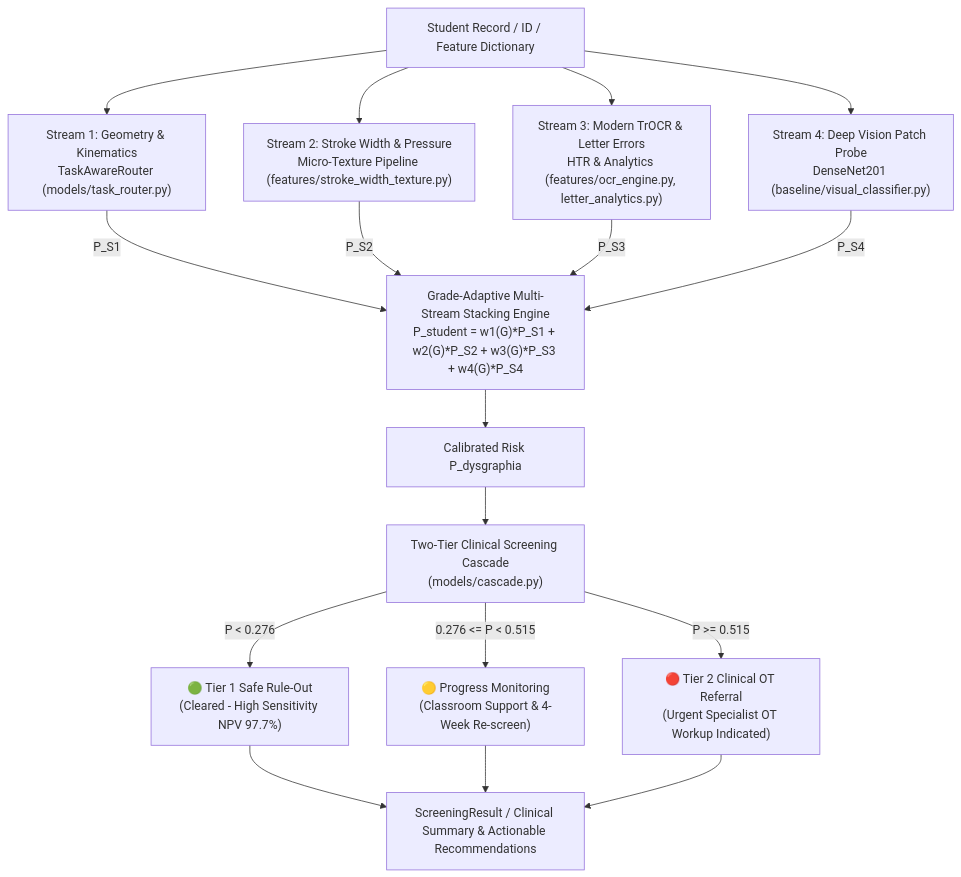
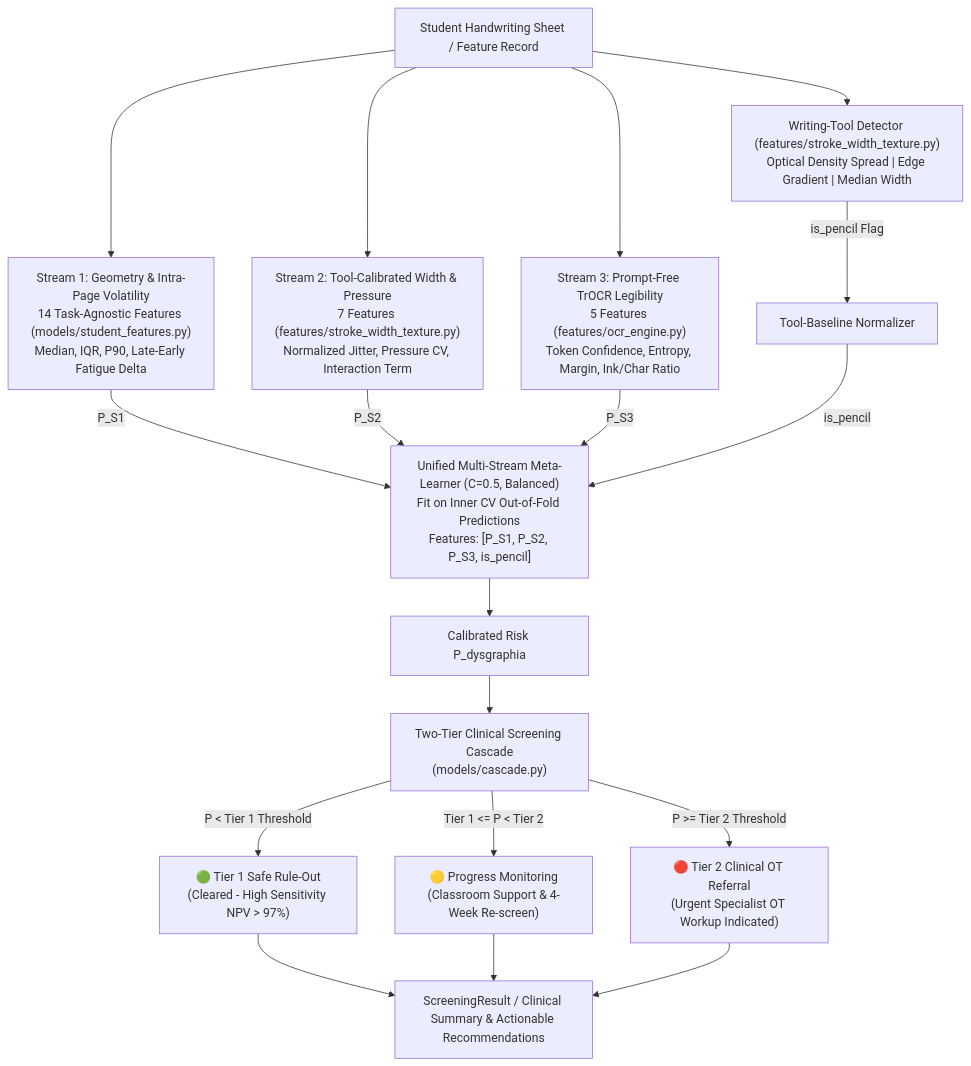
Before and after one commit to Sparrow375/Dysgraphia-Detection: the fourth of 4 diagrams in architechture.md, drawn with Mermaid. The commit also changed other lines of this file and 30 other files, not shown here.

First line of the commit message:
feat(benchmark): overhaul system with unified 215-student 3-stream meta-learner

````diff
--- a/architechture.md
+++ b/architechture.md
@@ -999,24 +1009,26 @@
 ```mermaid
 graph TD
-    Input["Student Record / ID / Feature Dictionary"] --> S1["Stream 1: Geometry & Kinematics<br/>TaskAwareRouter (models/task_router.py)"]
-    Input --> S2["Stream 2: Stroke Width & Pressure<br/>Micro-Texture Pipeline (features/stroke_width_texture.py)"]
-    Input --> S3["Stream 3: Modern TrOCR & Letter Errors<br/>HTR & Analytics (features/ocr_engine.py, letter_analytics.py)"]
-    Input --> S4["Stream 4: Deep Vision Patch Probe<br/>DenseNet201 (baseline/visual_classifier.py)"]
+    Sheet["Student Handwriting Sheet / Feature Record"] --> Classifier["Writing-Tool Detector (features/stroke_width_texture.py)<br/>Optical Density Spread | Edge Gradient | Median Width"]
+    Classifier -->|"is_pencil Flag"| ToolNorm["Tool-Baseline Normalizer"]
+    
+    Sheet --> S1["Stream 1: Geometry & Intra-Page Volatility<br/>14 Task-Agnostic Features (models/student_features.py)<br/>Median, IQR, P90, Late-Early Fatigue Delta"]
+    Sheet --> S2["Stream 2: Tool-Calibrated Width & Pressure<br/>7 Features (features/stroke_width_texture.py)<br/>Normalized Jitter, Pressure CV, Interaction Term"]
+    Sheet --> S3["Stream 3: Prompt-Free TrOCR Legibility<br/>5 Features (features/ocr_engine.py)<br/>Token Confidence, Entropy, Margin, Ink/Char Ratio"]
 
-    S1 -->|"P_S1"| Stacker["Grade-Adaptive Multi-Stream Stacking Engine<br/>P_student = w1(G)*P_S1 + w2(G)*P_S2 + w3(G)*P_S3 + w4(G)*P_S4"]
-    S2 -->|"P_S2"| Stacker
-    S3 -->|"P_S3"| Stacker
-    S4 -->|"P_S4"| Stacker
+    S1 -->|"P_S1"| Meta["Unified Multi-Stream Meta-Learner (C=0.5, Balanced)<br/>Fit on Inner CV Out-of-Fold Predictions<br/>Features: [P_S1, P_S2, P_S3, is_pencil]"]
+    S2 -->|"P_S2"| Meta
+    S3 -->|"P_S3"| Meta
+    ToolNorm -->|"is_pencil"| Meta
 
-    Stacker --> P_final["Calibrated Risk P_dysgraphia"]
+    Meta --> P_final["Calibrated Risk P_dysgraphia"]
 
     P_final --> Cascade["Two-Tier Clinical Screening Cascade<br/>(models/cascade.py)"]
 
-    Cascade -->|"P < 0.276"| Tier1["🟢 Tier 1 Safe Rule-Out<br/>(Cleared - High Sensitivity NPV 97.7%)"]
-    Cascade -->|"0.276 <= P < 0.515"| Monitor["🟡 Progress Monitoring<br/>(Classroom Support & 4-Week Re-screen)"]
-    Cascade -->|"P >= 0.515"| Tier2["🔴 Tier 2 Clinical OT Referral<br/>(Urgent Specialist OT Workup Indicated)"]
+    Cascade -->|"P < Tier 1 Threshold"| Tier1["🟢 Tier 1 Safe Rule-Out<br/>(Cleared - High Sensitivity NPV > 97%)"]
+    Cascade -->|"Tier 1 <= P < Tier 2"| Monitor["🟡 Progress Monitoring<br/>(Classroom Support & 4-Week Re-screen)"]
+    Cascade -->|"P >= Tier 2 Threshold"| Tier2["🔴 Tier 2 Clinical OT Referral<br/>(Urgent Specialist OT Workup Indicated)"]
 
     Tier1 --> Report["ScreeningResult / Clinical Summary & Actionable Recommendations"]
     Monitor --> Report
     Tier2 --> Report
 ```
````
